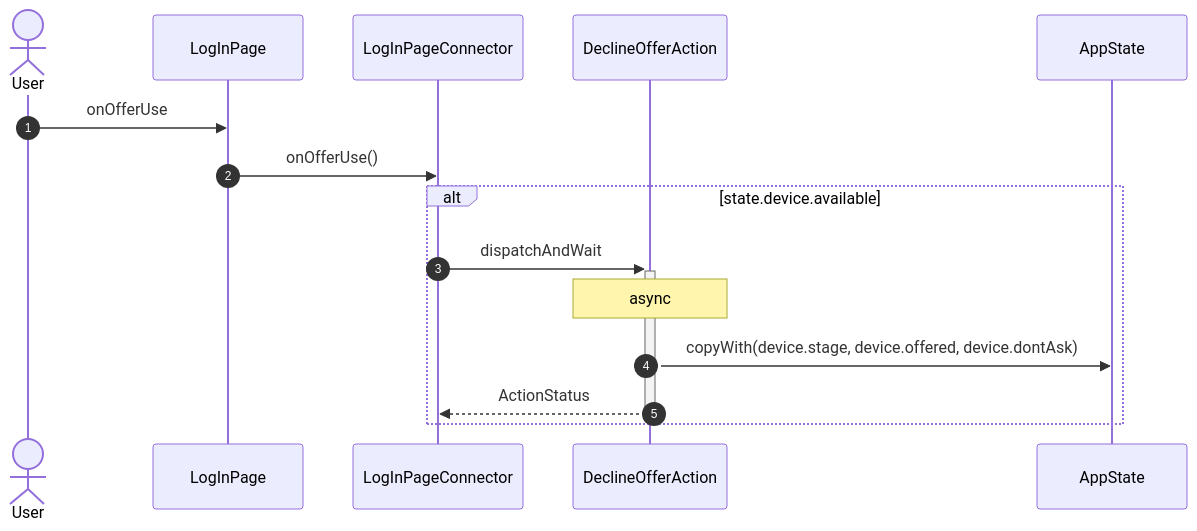
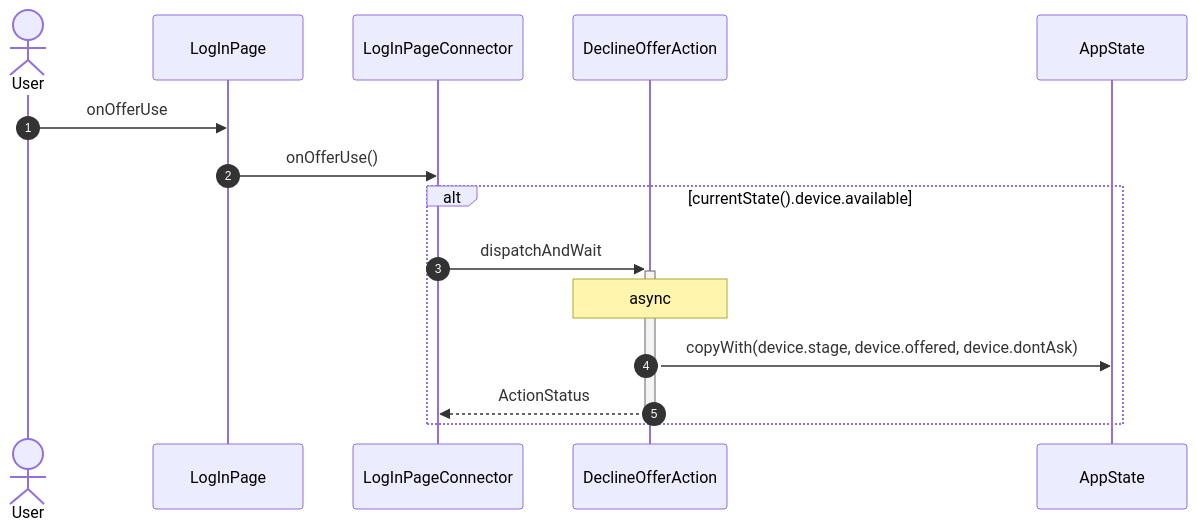
The ninth of 21 diagrams in studio/docs/flows/logIn.md (gencto/wyrm), drawn with Mermaid before and after one commit. The commit also changed 5 other files, not shown here.

````diff
--- a/studio/docs/flows/logIn.md
+++ b/studio/docs/flows/logIn.md
@@ -157,18 +157,18 @@
 ```mermaid
 sequenceDiagram
     autonumber
     actor User
     participant UI as LogInPage
     participant VM as LogInPageConnector
     participant A1 as DeclineOfferAction
     participant ST as AppState
 
     User->>UI: onOfferUse
     UI->>VM: onOfferUse()
-    alt state.device.available
+    alt currentState().device.available
         VM->>+A1: dispatchAndWait
         Note over A1: async
         A1->>ST: copyWith(device.stage, device.offered, device.dontAsk)
         A1-->>-VM: ActionStatus
     end
 ```
````
